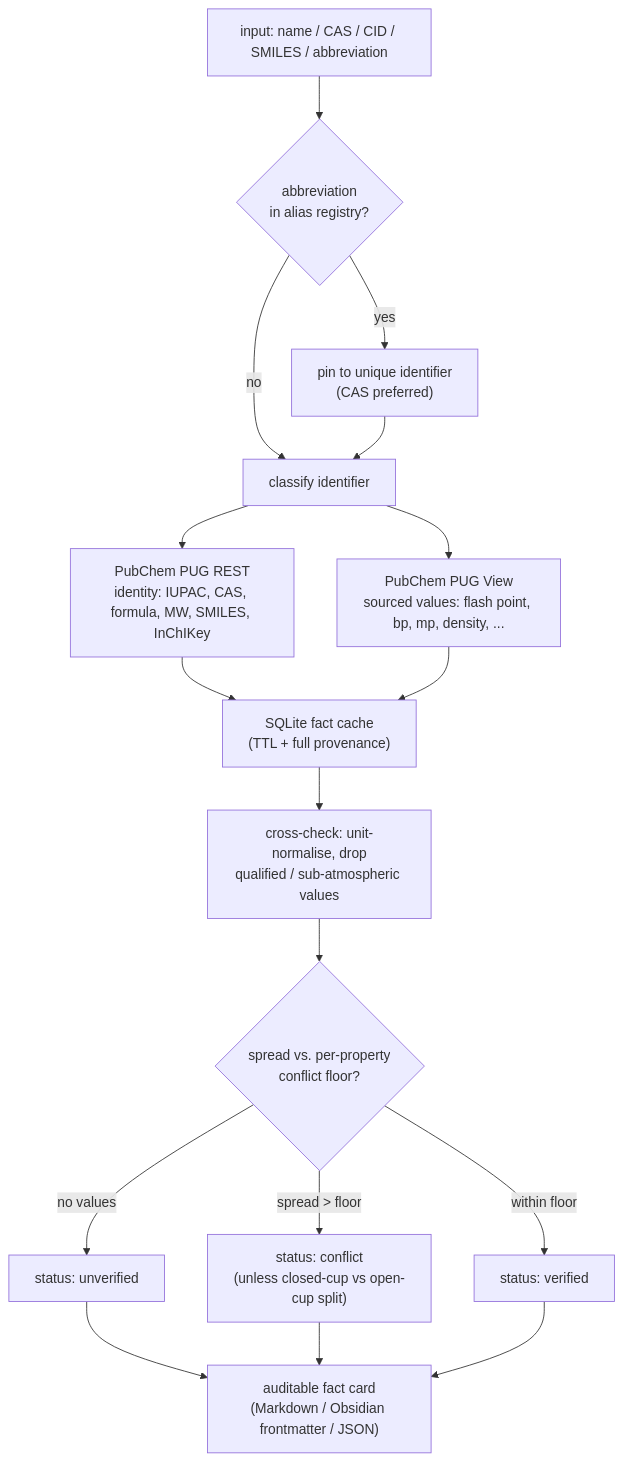
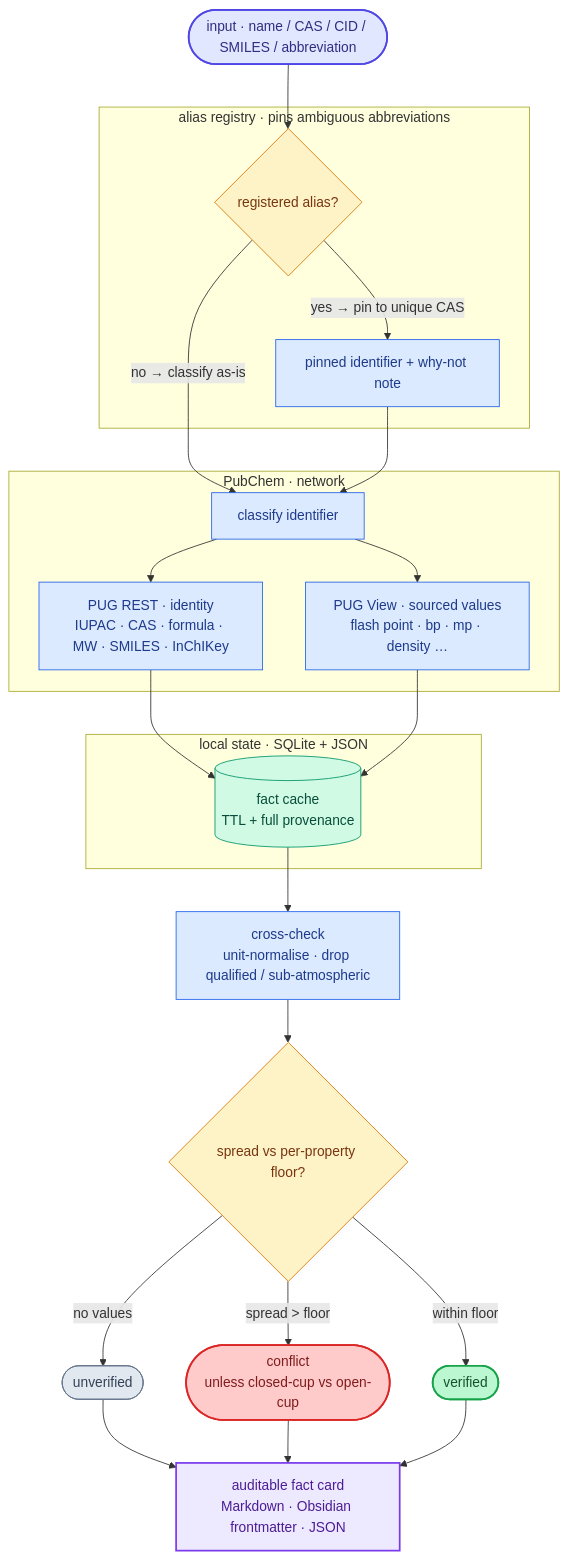
One commit to CL4Y68/chemfacts changed the first of 4 diagrams in README.md. Above: the diagram before and after it, drawn with Mermaid. The commit also changed other lines of this file and 1 other file, not shown here.

First line of the commit message:
beautify README diagrams: semantic color palette + node shapes + grouping

````diff
--- a/README.md
+++ b/README.md
@@ -36,19 +36,40 @@
 ```mermaid
 flowchart TD
-    A["input: name / CAS / CID / SMILES / abbreviation"] --> B{"abbreviation<br/>in alias registry?"}
-    B -- yes --> C["pin to unique identifier<br/>(CAS preferred)"]
-    B -- no --> D["classify identifier"]
+    A(["input · name / CAS / CID / SMILES / abbreviation"]):::io --> B
+
+    subgraph REG["alias registry · pins ambiguous abbreviations"]
+        B{"registered alias?"}:::decide
+        B -- "yes → pin to unique CAS" --> C["pinned identifier + why-not note"]:::proc
+    end
+    B -- "no → classify as-is" --> D["classify identifier"]:::proc
     C --> D
-    D --> E["PubChem PUG REST<br/>identity: IUPAC, CAS, formula, MW, SMILES, InChIKey"]
-    D --> F["PubChem PUG View<br/>sourced values: flash point, bp, mp, density, ..."]
-    E --> G["SQLite fact cache<br/>(TTL + full provenance)"]
-    F --> G
-    G --> H["cross-check: unit-normalise, drop<br/>qualified / sub-atmospheric values"]
-    H --> I{"spread vs. per-property<br/>conflict floor?"}
-    I -- "no values" --> J["status: unverified"]
-    I -- "spread > floor" --> K["status: conflict<br/>(unless closed-cup vs open-cup split)"]
-    I -- "within floor" --> L["status: verified"]
-    J --> M["auditable fact card<br/>(Markdown / Obsidian frontmatter / JSON)"]
+
+    subgraph PUB["PubChem · network"]
+        D --> E["PUG REST · identity<br/>IUPAC · CAS · formula · MW · SMILES · InChIKey"]:::proc
+        D --> F["PUG View · sourced values<br/>flash point · bp · mp · density …"]:::proc
+    end
+
+    subgraph LOCAL["local state · SQLite + JSON"]
+        E --> G[("fact cache<br/>TTL + full provenance")]:::store
+        F --> G
+    end
+
+    G --> H["cross-check<br/>unit-normalise · drop qualified / sub-atmospheric"]:::proc
+    H --> I{"spread vs per-property floor?"}:::decide
+    I -- "no values" --> J(["unverified"]):::plain
+    I -- "spread > floor" --> K(["conflict<br/>unless closed-cup vs open-cup"]):::warn
+    I -- "within floor" --> L(["verified"]):::ok
+    J --> M["auditable fact card<br/>Markdown · Obsidian frontmatter · JSON"]:::card
     K --> M
     L --> M
+    classDef io      fill:#e0e7ff,stroke:#4f46e5,stroke-width:2px,color:#312e81
+    classDef proc    fill:#dbeafe,stroke:#2563eb,color:#1e3a8a
+    classDef decide  fill:#fef3c7,stroke:#d97706,color:#78350f
+    classDef store   fill:#d1fae5,stroke:#059669,color:#064e3b
+    classDef ok      fill:#bbf7d0,stroke:#16a34a,stroke-width:2px,color:#14532d
+    classDef warn    fill:#fecaca,stroke:#dc2626,stroke-width:2px,color:#7f1d1d
+    classDef plain   fill:#e2e8f0,stroke:#64748b,color:#334155
+    classDef card   fill:#ede9fe,stroke:#7c3aed,stroke-width:2px,color:#4c1d95
+    classDef mcp    fill:#cffafe,stroke:#0891b2,color:#164e63
+    classDef ext    fill:#f8fafc,stroke:#94a3b8,stroke-dasharray:5 4,color:#475569
 ```
````
